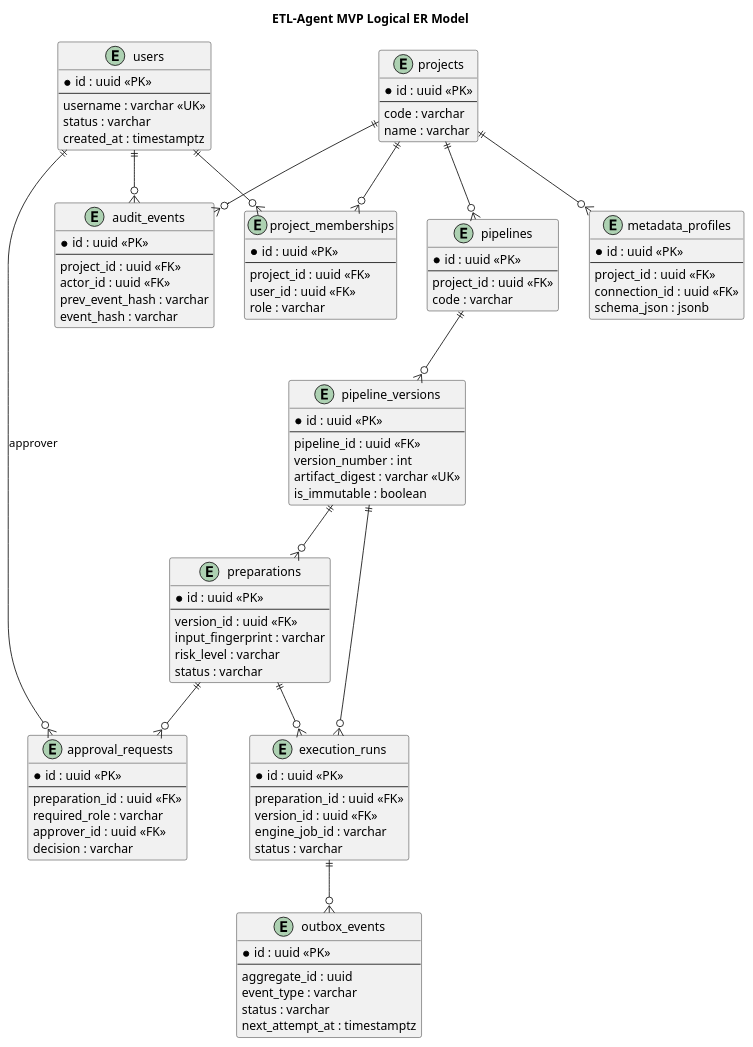
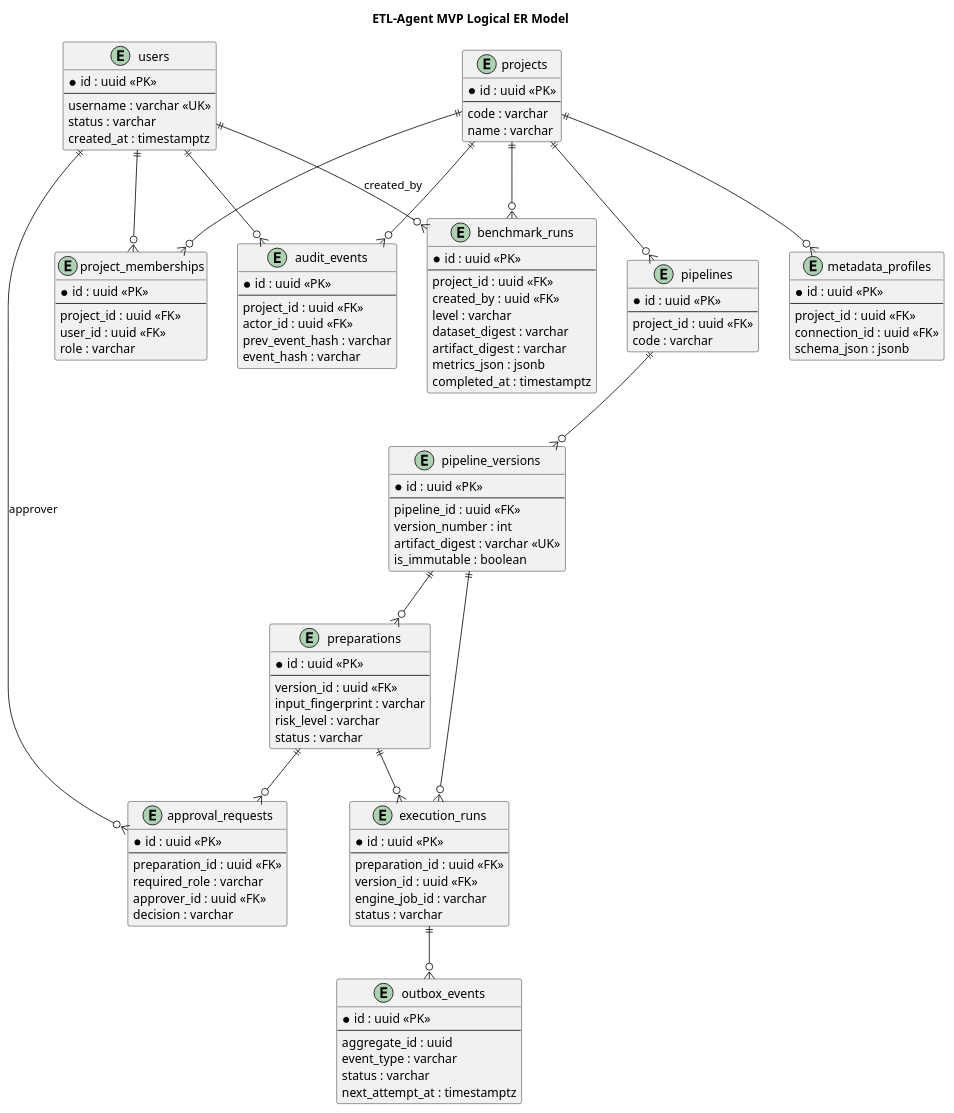
The diagram in docs/architecture/diagrams/ETLAgent逻辑ER图_ETLAgentER.puml (Jyy-oy/ETL_Agent), drawn with PlantUML before and after one commit. The commit also changed 72 other files, not shown here.

```diff
--- a/docs/architecture/diagrams/ETLAgent逻辑ER图_ETLAgentER.puml
+++ b/docs/architecture/diagrams/ETLAgent逻辑ER图_ETLAgentER.puml
@@ -1,101 +1,114 @@
 @startuml ETLAgentER
 title ETL-Agent MVP Logical ER Model
 hide methods
 hide stereotypes
 
 entity users {
   * id : uuid <<PK>>
   --
   username : varchar <<UK>>
   status : varchar
   created_at : timestamptz
 }
 entity projects {
   * id : uuid <<PK>>
   --
   code : varchar
   name : varchar
 }
 entity project_memberships {
   * id : uuid <<PK>>
   --
   project_id : uuid <<FK>>
   user_id : uuid <<FK>>
   role : varchar
 }
 entity pipelines {
   * id : uuid <<PK>>
   --
   project_id : uuid <<FK>>
   code : varchar
 }
 entity pipeline_versions {
   * id : uuid <<PK>>
   --
   pipeline_id : uuid <<FK>>
   version_number : int
   artifact_digest : varchar <<UK>>
   is_immutable : boolean
 }
 entity metadata_profiles {
   * id : uuid <<PK>>
   --
   project_id : uuid <<FK>>
   connection_id : uuid <<FK>>
   schema_json : jsonb
 }
 entity preparations {
   * id : uuid <<PK>>
   --
   version_id : uuid <<FK>>
   input_fingerprint : varchar
   risk_level : varchar
   status : varchar
 }
 entity approval_requests {
   * id : uuid <<PK>>
   --
   preparation_id : uuid <<FK>>
   required_role : varchar
   approver_id : uuid <<FK>>
   decision : varchar
 }
 entity execution_runs {
   * id : uuid <<PK>>
   --
   preparation_id : uuid <<FK>>
   version_id : uuid <<FK>>
   engine_job_id : varchar
   status : varchar
 }
+entity benchmark_runs {
+  * id : uuid <<PK>>
+  --
+  project_id : uuid <<FK>>
+  created_by : uuid <<FK>>
+  level : varchar
+  dataset_digest : varchar
+  artifact_digest : varchar
+  metrics_json : jsonb
+  completed_at : timestamptz
+}
 entity outbox_events {
   * id : uuid <<PK>>
   --
   aggregate_id : uuid
   event_type : varchar
   status : varchar
   next_attempt_at : timestamptz
 }
 entity audit_events {
   * id : uuid <<PK>>
   --
   project_id : uuid <<FK>>
   actor_id : uuid <<FK>>
   prev_event_hash : varchar
   event_hash : varchar
 }
 
 users ||--o{ project_memberships
 projects ||--o{ project_memberships
 projects ||--o{ pipelines
 pipelines ||--o{ pipeline_versions
 projects ||--o{ metadata_profiles
 pipeline_versions ||--o{ preparations
 preparations ||--o{ approval_requests
 preparations ||--o{ execution_runs
 pipeline_versions ||--o{ execution_runs
 execution_runs ||--o{ outbox_events
+projects ||--o{ benchmark_runs
+users ||--o{ benchmark_runs : created_by
 projects ||--o{ audit_events
 users ||--o{ audit_events
 users ||--o{ approval_requests : approver
 @enduml
```
